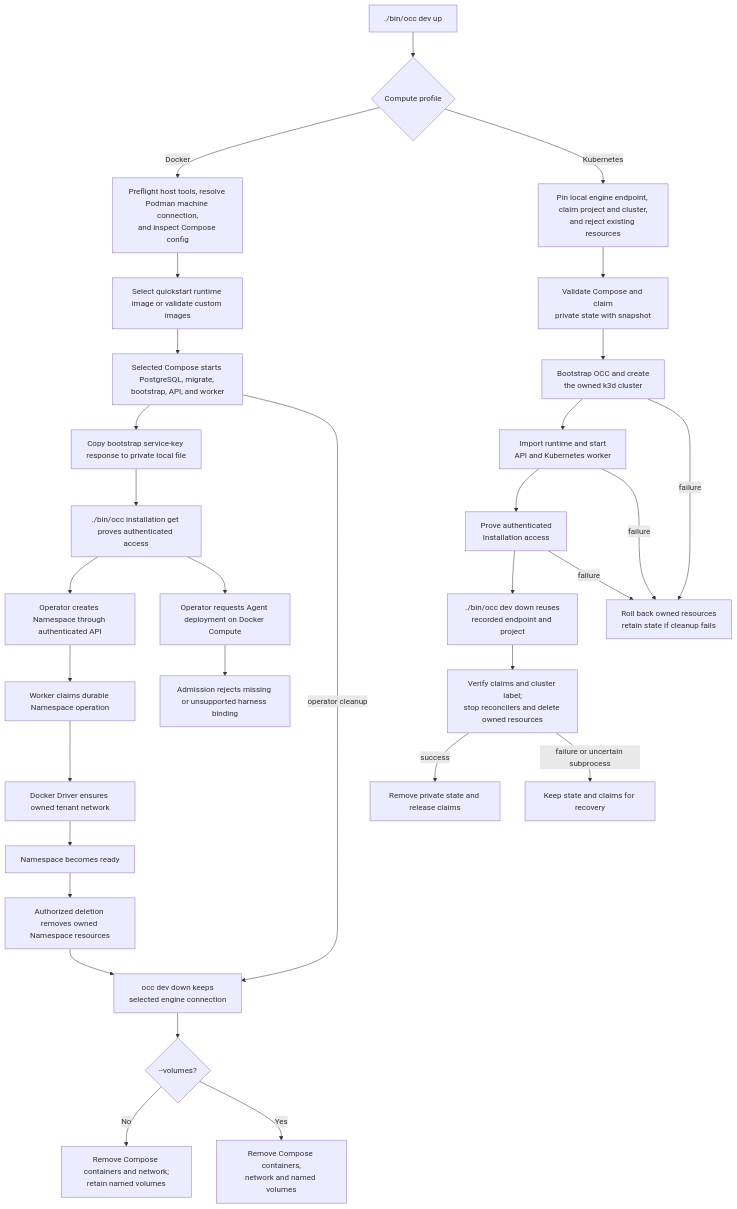
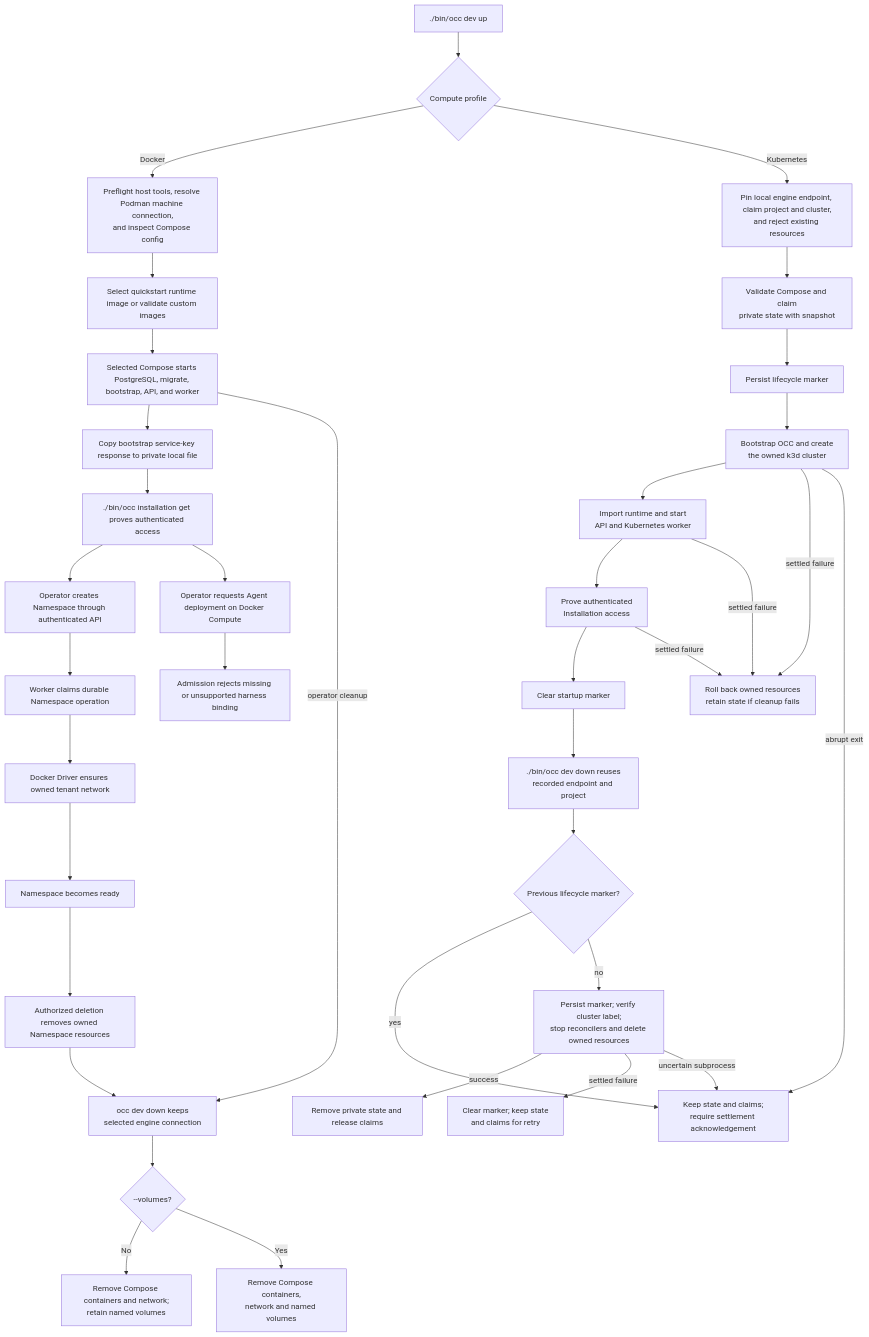
The diagram in docs/flows/docker-compose-development.md (SebTardif/openclaw-enterprise), drawn with Mermaid before and after one commit. The commit also changed other lines of this file and 9 other files, not shown here.

Commit message:
fix: preserve recovery after abrupt development exit

````diff
--- a/docs/flows/docker-compose-development.md
+++ b/docs/flows/docker-compose-development.md
@@ -46,33 +46,39 @@
 ```mermaid
 graph TD
   A["./bin/occ dev up"] --> Profile{"Compute profile"}
   Profile -->|Docker| B["Preflight host tools, resolve Podman machine connection,<br/>and inspect Compose config"]
   Profile -->|Kubernetes| KPre["Pin local engine endpoint, claim project and cluster,<br/>and reject existing resources"]
   KPre --> KConfig["Validate Compose and claim<br/>private state with snapshot"]
-  KConfig --> KStart["Bootstrap OCC and create<br/>the owned k3d cluster"]
+  KConfig --> KMark["Persist lifecycle marker"]
+  KMark --> KStart["Bootstrap OCC and create<br/>the owned k3d cluster"]
   KStart --> KReady["Import runtime and start<br/>API and Kubernetes worker"]
   KReady --> KProof["Prove authenticated<br/>Installation access"]
-  KProof --> KDown["./bin/occ dev down reuses<br/>recorded endpoint and project"]
-  KStart -->|failure| KRollback["Roll back owned resources<br/>retain state if cleanup fails"]
-  KReady -->|failure| KRollback
-  KProof -->|failure| KRollback
-  KDown --> KRemove["Verify claims and cluster label;<br/>stop reconcilers and delete owned resources"]
+  KProof --> KSettled["Clear startup marker"]
+  KSettled --> KDown["./bin/occ dev down reuses<br/>recorded endpoint and project"]
+  KStart -->|settled failure| KRollback["Roll back owned resources<br/>retain state if cleanup fails"]
+  KReady -->|settled failure| KRollback
+  KProof -->|settled failure| KRollback
+  KDown --> KCheck{"Previous lifecycle marker?"}
+  KCheck -->|yes| KRetain["Keep state and claims;<br/>require settlement acknowledgement"]
+  KCheck -->|no| KRemove["Persist marker; verify cluster label;<br/>stop reconcilers and delete owned resources"]
   KRemove -->|success| KDone["Remove private state and release claims"]
-  KRemove -->|failure or uncertain subprocess| KRetain["Keep state and claims for recovery"]
+  KRemove -->|settled failure| KRecover["Clear marker; keep state<br/>and claims for retry"]
+  KRemove -->|uncertain subprocess| KRetain
+  KStart -->|abrupt exit| KRetain
   B --> C["Select quickstart runtime image or validate custom images"]
   C --> D["Selected Compose starts PostgreSQL, migrate, bootstrap, API, and worker"]
   D --> E["Copy bootstrap service-key response to private local file"]
   E --> F["./bin/occ installation get proves authenticated access"]
   F --> G["Operator creates Namespace through authenticated API"]
   G --> H["Worker claims durable Namespace operation"]
   H --> I["Docker Driver ensures owned tenant network"]
   I --> J["Namespace becomes ready"]
   F --> K["Operator requests Agent deployment on Docker Compute"]
   K --> L["Admission rejects missing or unsupported harness binding"]
   J --> M["Authorized deletion removes owned Namespace resources"]
   D -->|operator cleanup| CDown["occ dev down keeps<br/>selected engine connection"]
   M --> CDown
   CDown --> CVolumes{"--volumes?"}
   CVolumes -->|No| CKeep["Remove Compose containers and network;<br/>retain named volumes"]
   CVolumes -->|Yes| CDelete["Remove Compose containers,<br/>network and named volumes"]
 ```
````
